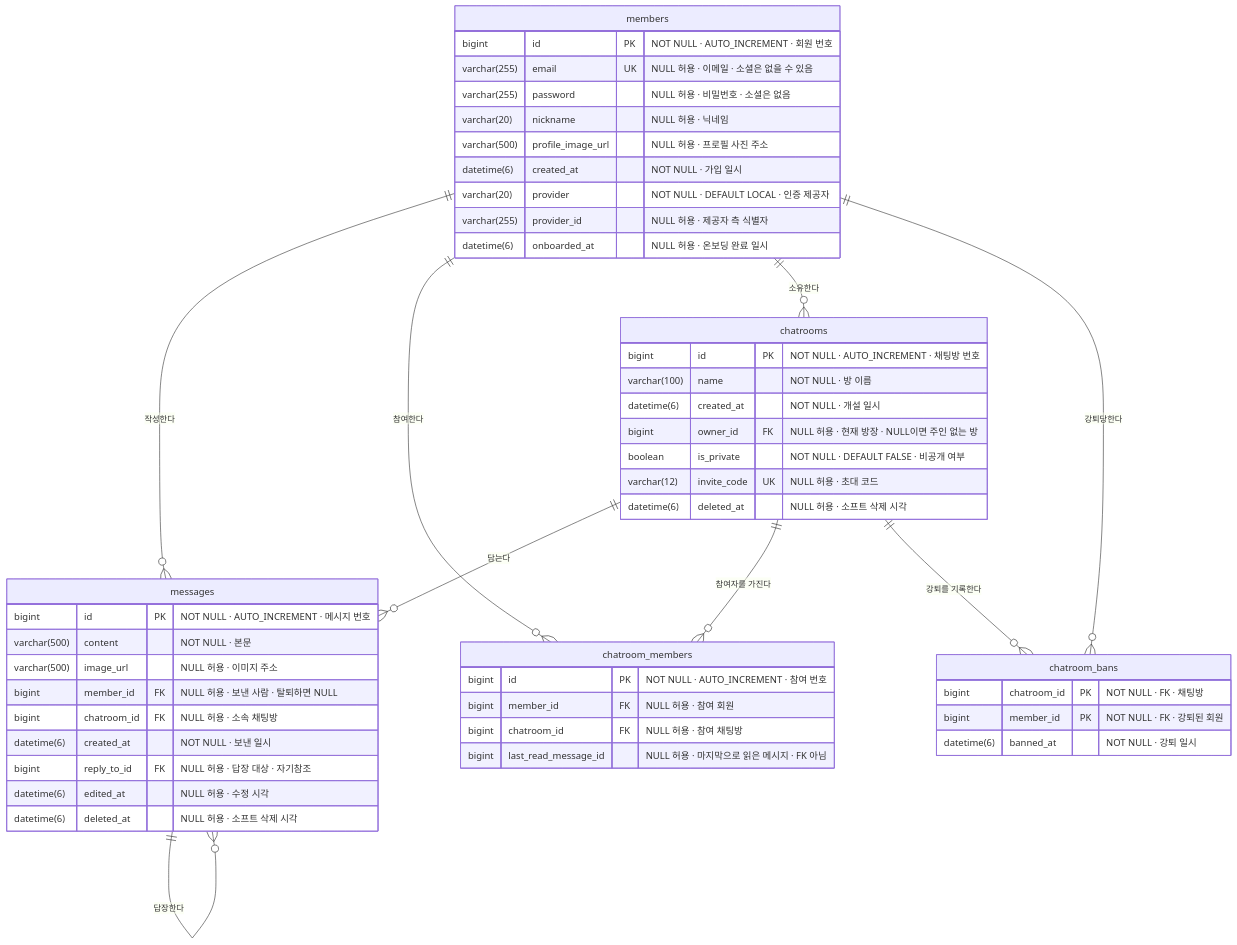
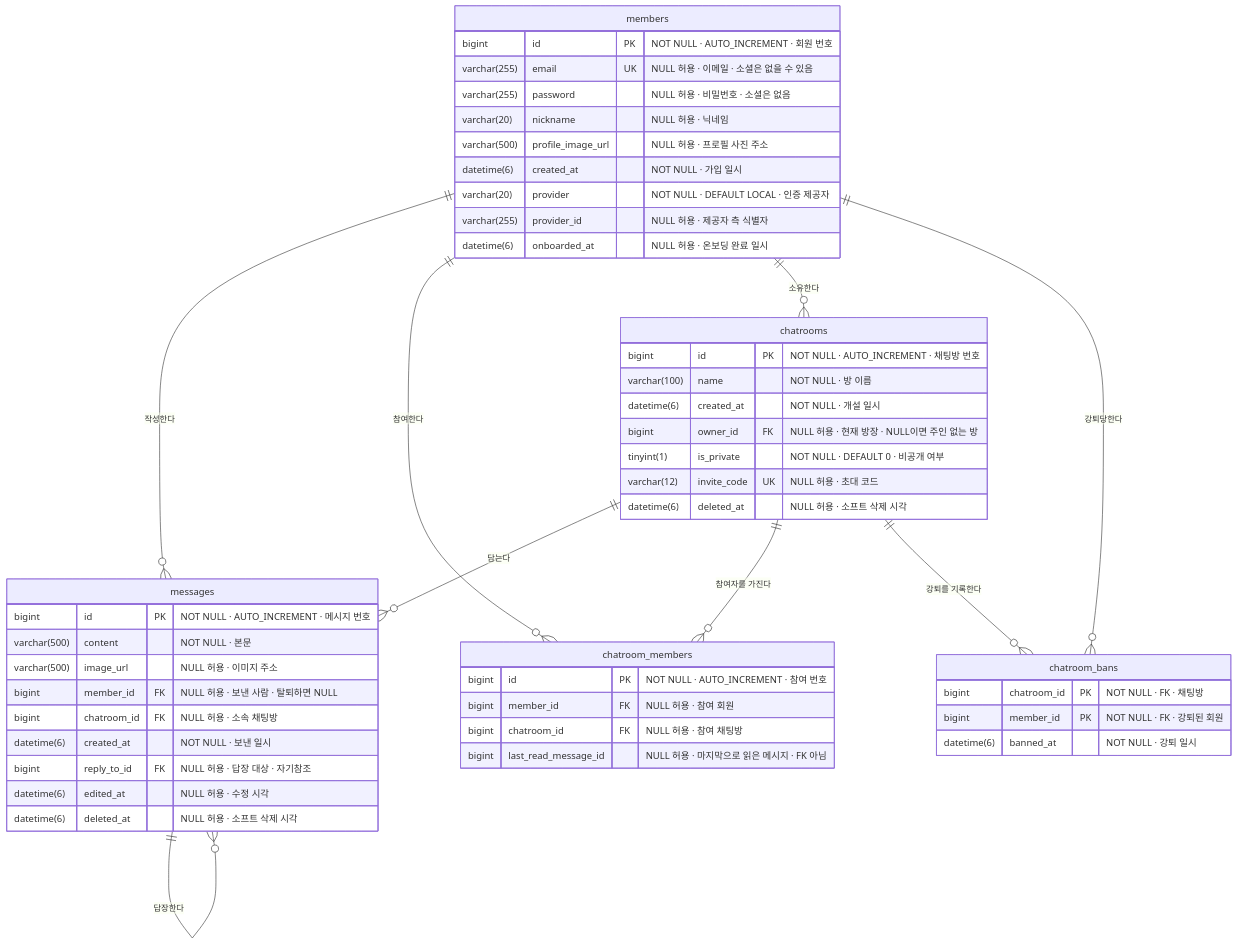
One commit to storyrago/Sage changed the second of 2 diagrams in README.md. Above: the diagram before and after it, drawn with Mermaid. The commit also changed other lines of this file, not shown here.

Commit message:
docs: is_private의 실제 컬럼 타입을 ERD에 반영한다

````diff
--- a/README.md
+++ b/README.md
@@ -87,58 +87,58 @@
 ```mermaid
 erDiagram
     members ||--o{ messages : "작성한다"
     members ||--o{ chatroom_members : "참여한다"
     members ||--o{ chatrooms : "소유한다"
     members ||--o{ chatroom_bans : "강퇴당한다"
     chatrooms ||--o{ messages : "담는다"
     chatrooms ||--o{ chatroom_members : "참여자를 가진다"
     chatrooms ||--o{ chatroom_bans : "강퇴를 기록한다"
     messages ||--o{ messages : "답장한다"
 
     members {
         bigint id PK "NOT NULL · AUTO_INCREMENT · 회원 번호"
         varchar(255) email UK "NULL 허용 · 이메일 · 소셜은 없을 수 있음"
         varchar(255) password "NULL 허용 · 비밀번호 · 소셜은 없음"
         varchar(20) nickname "NULL 허용 · 닉네임"
         varchar(500) profile_image_url "NULL 허용 · 프로필 사진 주소"
         datetime(6) created_at "NOT NULL · 가입 일시"
         varchar(20) provider "NOT NULL · DEFAULT LOCAL · 인증 제공자"
         varchar(255) provider_id "NULL 허용 · 제공자 측 식별자"
         datetime(6) onboarded_at "NULL 허용 · 온보딩 완료 일시"
     }
 
     chatrooms {
         bigint id PK "NOT NULL · AUTO_INCREMENT · 채팅방 번호"
         varchar(100) name "NOT NULL · 방 이름"
         datetime(6) created_at "NOT NULL · 개설 일시"
         bigint owner_id FK "NULL 허용 · 현재 방장 · NULL이면 주인 없는 방"
-        boolean is_private "NOT NULL · DEFAULT FALSE · 비공개 여부"
+        tinyint(1) is_private "NOT NULL · DEFAULT 0 · 비공개 여부"
         varchar(12) invite_code UK "NULL 허용 · 초대 코드"
         datetime(6) deleted_at "NULL 허용 · 소프트 삭제 시각"
     }
 
     messages {
         bigint id PK "NOT NULL · AUTO_INCREMENT · 메시지 번호"
         varchar(500) content "NOT NULL · 본문"
         varchar(500) image_url "NULL 허용 · 이미지 주소"
         bigint member_id FK "NULL 허용 · 보낸 사람 · 탈퇴하면 NULL"
         bigint chatroom_id FK "NULL 허용 · 소속 채팅방"
         datetime(6) created_at "NOT NULL · 보낸 일시"
         bigint reply_to_id FK "NULL 허용 · 답장 대상 · 자기참조"
         datetime(6) edited_at "NULL 허용 · 수정 시각"
         datetime(6) deleted_at "NULL 허용 · 소프트 삭제 시각"
     }
 
     chatroom_members {
         bigint id PK "NOT NULL · AUTO_INCREMENT · 참여 번호"
         bigint member_id FK "NULL 허용 · 참여 회원"
         bigint chatroom_id FK "NULL 허용 · 참여 채팅방"
         bigint last_read_message_id "NULL 허용 · 마지막으로 읽은 메시지 · FK 아님"
     }
 
     chatroom_bans {
         bigint chatroom_id PK "NOT NULL · FK · 채팅방"
         bigint member_id PK "NOT NULL · FK · 강퇴된 회원"
         datetime(6) banned_at "NOT NULL · 강퇴 일시"
     }
 ```
````
